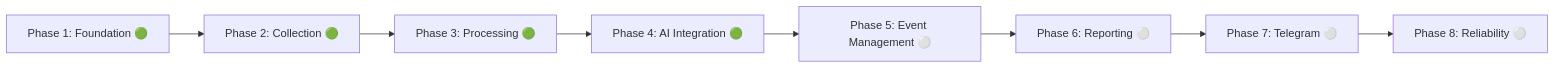
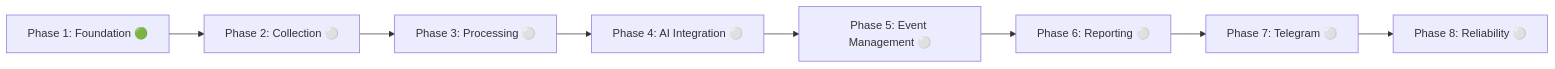
One commit to jkiani89/middle-east-news-bot changed the diagram in docs/ROADMAP.md. Above: the diagram before and after it, drawn with Mermaid. The commit also changed other lines of this file and 7 other files, not shown here.

````diff
--- a/docs/ROADMAP.md
+++ b/docs/ROADMAP.md
@@ -9,10 +9,10 @@
 ```mermaid
 flowchart LR
-    P1[Phase 1: Foundation 🟢] --> P2[Phase 2: Collection 🟢]
-    P2 --> P3[Phase 3: Processing 🟢]
-    P3 --> P4[Phase 4: AI Integration 🟢]
+    P1[Phase 1: Foundation 🟢] --> P2[Phase 2: Collection ⚪]
+    P2 --> P3[Phase 3: Processing ⚪]
+    P3 --> P4[Phase 4: AI Integration ⚪]
     P4 --> P5[Phase 5: Event Management ⚪]
     P5 --> P6[Phase 6: Reporting ⚪]
     P6 --> P7[Phase 7: Telegram ⚪]
     P7 --> P8[Phase 8: Reliability ⚪]
 ```
````
